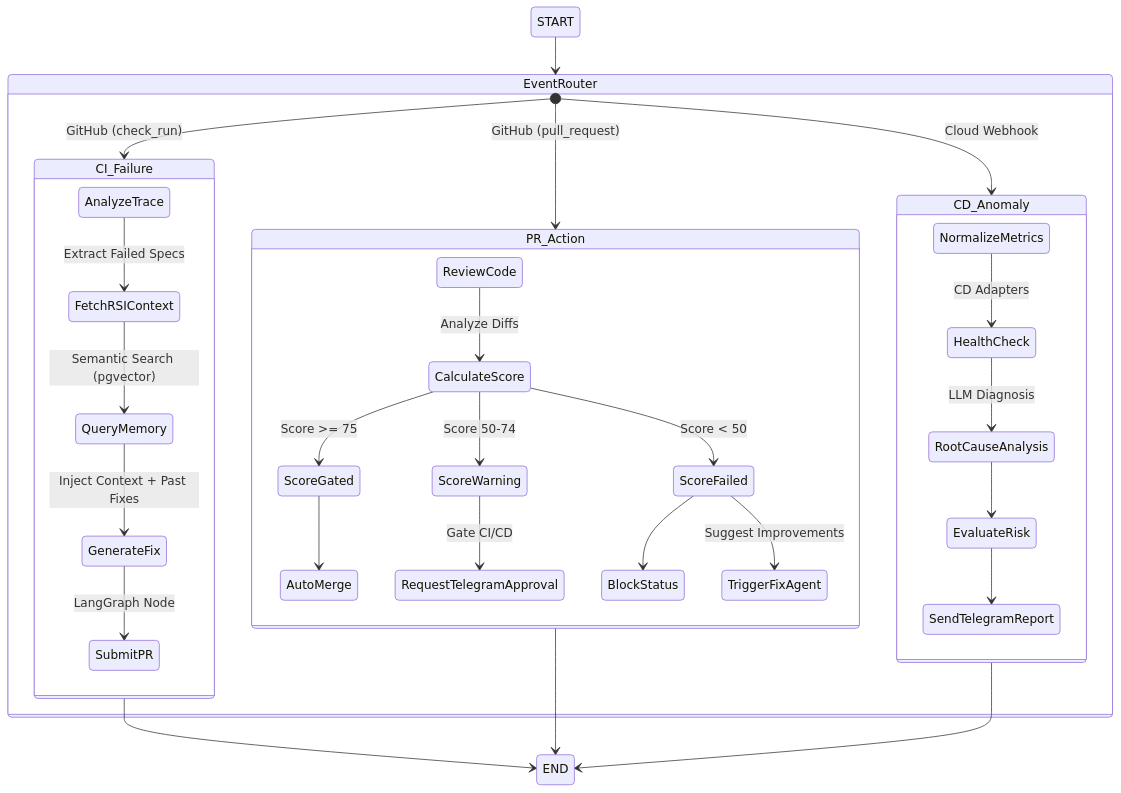
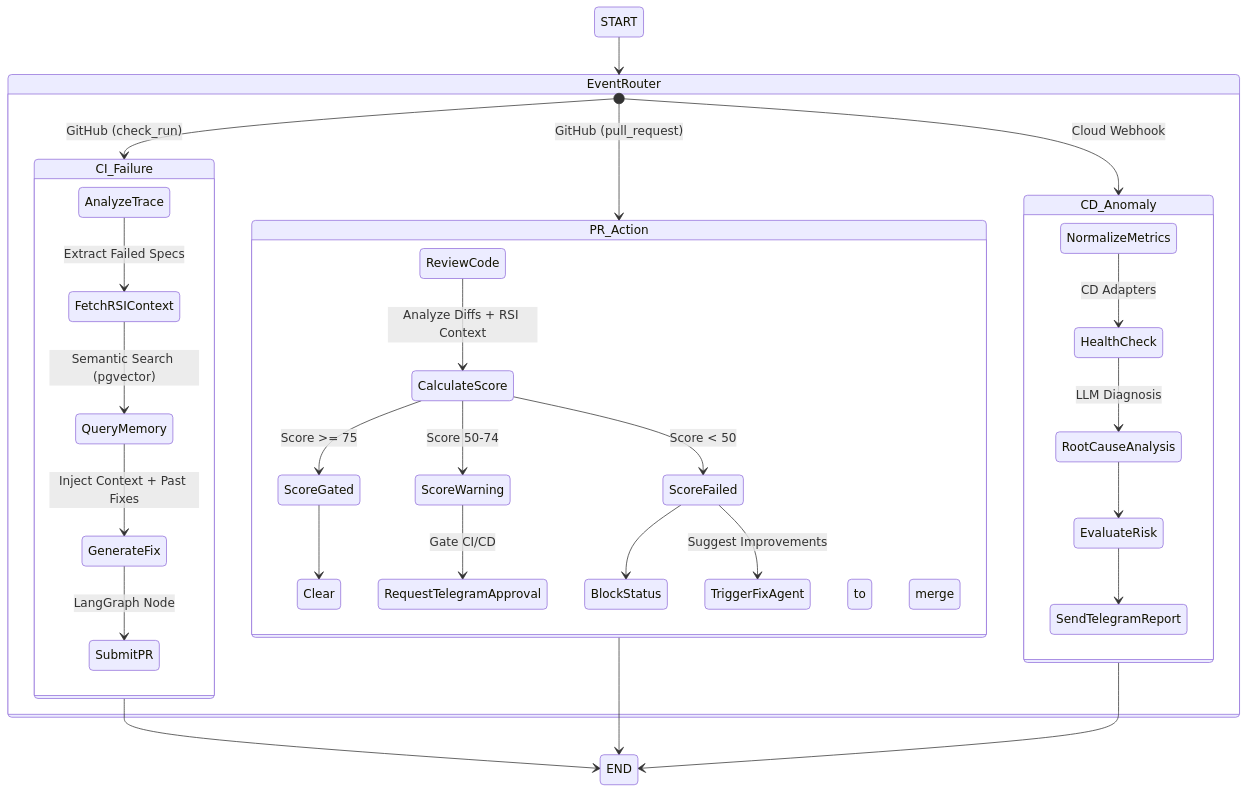
One commit to hacktofuture-sjec/hacktofuture4 changed the diagram in README.md. Above: the diagram before and after it, drawn with Mermaid. The commit also changed other lines of this file, not shown here.

````diff
--- a/README.md
+++ b/README.md
@@ -79,39 +79,39 @@
 ```mermaid
 stateDiagram-v2
     START --> EventRouter
 
     state EventRouter {
         [*] --> CI_Failure: GitHub (check_run)
         [*] --> PR_Action: GitHub (pull_request)
         [*] --> CD_Anomaly: Cloud Webhook
     }
 
     state CI_Failure {
         AnalyzeTrace --> FetchRSIContext: Extract Failed Specs
         FetchRSIContext --> QueryMemory: Semantic Search (pgvector)
         QueryMemory --> GenerateFix: Inject Context + Past Fixes
         GenerateFix --> SubmitPR: LangGraph Node
     }
 
     state PR_Action {
-        ReviewCode --> CalculateScore: Analyze Diffs
+        ReviewCode --> CalculateScore: Analyze Diffs + RSI Context
         CalculateScore --> ScoreGated: Score >= 75
-        ScoreGated --> AutoMerge
+        ScoreGated --> Clear to merge
         CalculateScore --> ScoreWarning: Score 50-74
         ScoreWarning --> RequestTelegramApproval: Gate CI/CD
         CalculateScore --> ScoreFailed: Score < 50
         ScoreFailed --> BlockStatus
         ScoreFailed --> TriggerFixAgent: Suggest Improvements
     }
     
     state CD_Anomaly {
         NormalizeMetrics --> HealthCheck: CD Adapters
         HealthCheck --> RootCauseAnalysis: LLM Diagnosis
         RootCauseAnalysis --> EvaluateRisk
         EvaluateRisk --> SendTelegramReport
     }
 
     CI_Failure --> END
     PR_Action --> END
     CD_Anomaly --> END
 ```
````
